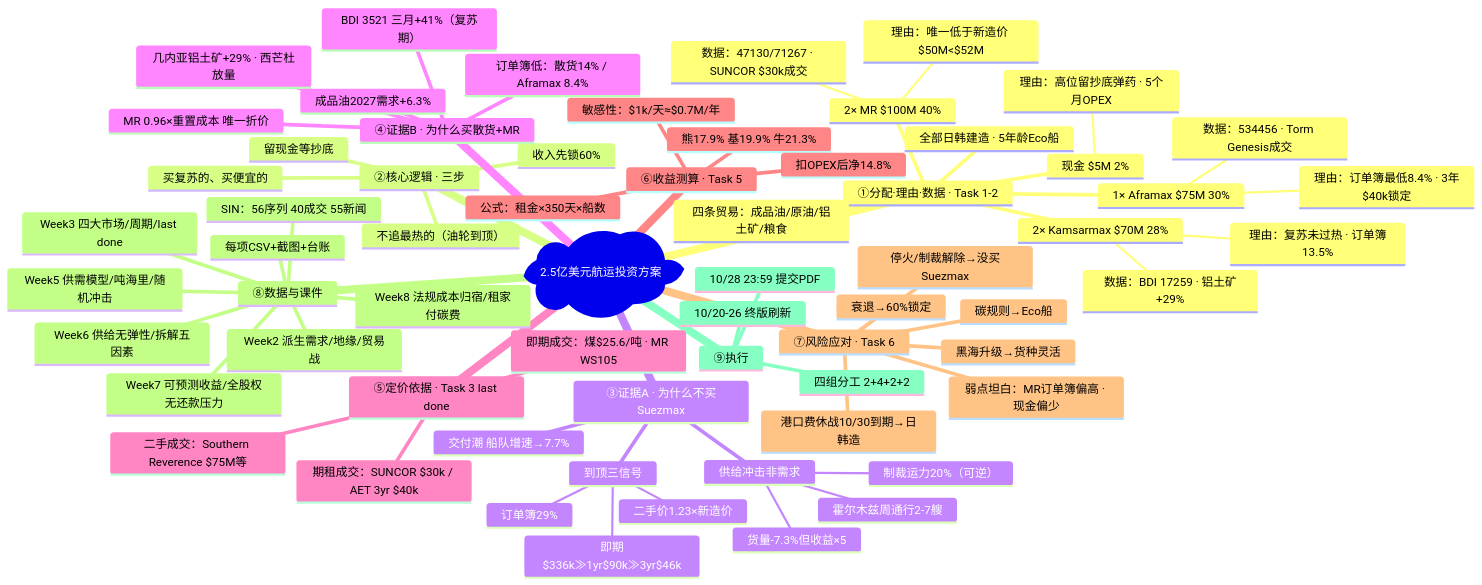
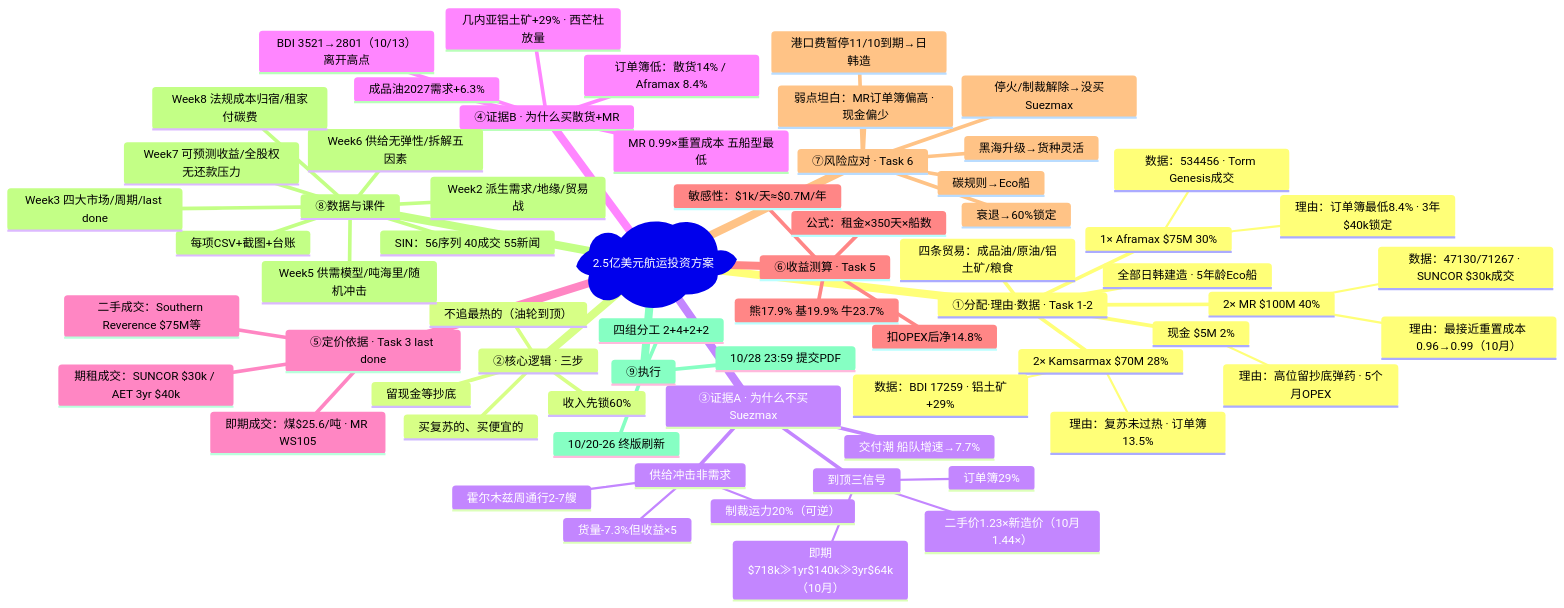
The diagram in scripts/mindmap.mmd (zhanmingliu2025-max/MT6102), drawn with Mermaid before and after one commit. The commit also changed 19 other files, not shown here.

```diff
--- a/scripts/mindmap.mmd
+++ b/scripts/mindmap.mmd
@@ -1,66 +1,66 @@
 mindmap
   root)2.5亿美元航运投资方案(
     ①分配·理由·数据 · Task 1-2
       2× MR $100M 40%
-        理由：唯一低于新造价 $50M<$52M
+        理由：最接近重置成本 0.96→0.99（10月）
         数据：47130/71267 · SUNCOR $30k成交
       1× Aframax $75M 30%
         理由：订单簿最低8.4% · 3年$40k锁定
         数据：534456 · Torm Genesis成交
       2× Kamsarmax $70M 28%
         理由：复苏未过热 · 订单簿13.5%
         数据：BDI 17259 · 铝土矿+29%
       现金 $5M 2%
         理由：高位留抄底弹药 · 5个月OPEX
       全部日韩建造 · 5年龄Eco船
       四条贸易：成品油/原油/铝土矿/粮食
     ②核心逻辑 · 三步
       不追最热的（油轮到顶）
       买复苏的、买便宜的
       收入先锁60%
       留现金等抄底
     ③证据A · 为什么不买Suezmax
       到顶三信号
-        二手价1.23×新造价
-        即期$336k≫1yr$90k≫3yr$46k
+        二手价1.23×新造价（10月1.44×）
+        即期$718k≫1yr$140k≫3yr$64k（10月）
         订单簿29%
       供给冲击非需求
         货量-7.3%但收益×5
         霍尔木兹周通行2-7艘
         制裁运力20%（可逆）
       交付潮 船队增速→7.7%
     ④证据B · 为什么买散货+MR
       订单簿低：散货14% / Aframax 8.4%
-      BDI 3521 三月+41%（复苏期）
+      BDI 3521→2801（10/13）离开高点
       几内亚铝土矿+29% · 西芒杜放量
-      MR 0.96×重置成本 唯一折价
+      MR 0.99×重置成本 五船型最低
       成品油2027需求+6.3%
     ⑤定价依据 · Task 3 last done
       二手成交：Southern Reverence $75M等
       期租成交：SUNCOR $30k / AET 3yr $40k
       即期成交：煤$25.6/吨 · MR WS105
     ⑥收益测算 · Task 5
       公式：租金×350天×船数
-      熊17.9% 基19.9% 牛21.3%
+      熊17.9% 基19.9% 牛23.7%
       扣OPEX后净14.8%
       敏感性：$1k/天≈$0.7M/年
     ⑦风险应对 · Task 6
       停火/制裁解除→没买Suezmax
-      港口费休战10/30到期→日韩造
+      港口费暂停11/10到期→日韩造
       黑海升级→货种灵活
       衰退→60%锁定
       碳规则→Eco船
       弱点坦白：MR订单簿偏高 · 现金偏少
     ⑧数据与课件
       SIN：56序列 40成交 55新闻
       每项CSV+截图+台账
       Week2 派生需求/地缘/贸易战
       Week3 四大市场/周期/last done
       Week5 供需模型/吨海里/随机冲击
       Week6 供给无弹性/拆解五因素
       Week7 可预测收益/全股权无还款压力
       Week8 法规成本归宿/租家付碳费
     ⑨执行
       四组分工 2+4+2+2
       10/20-26 终版刷新
       10/28 23:59 提交PDF
```
